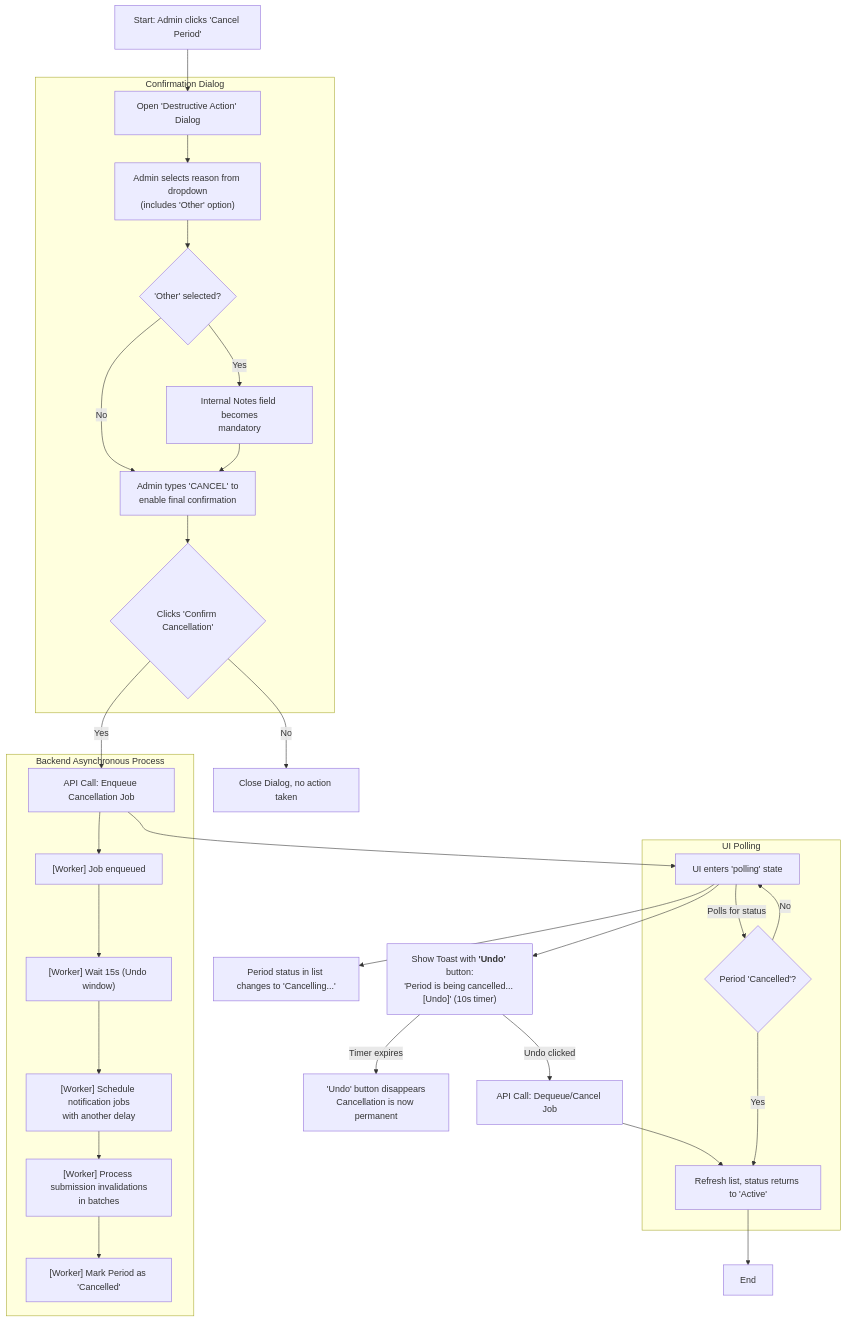
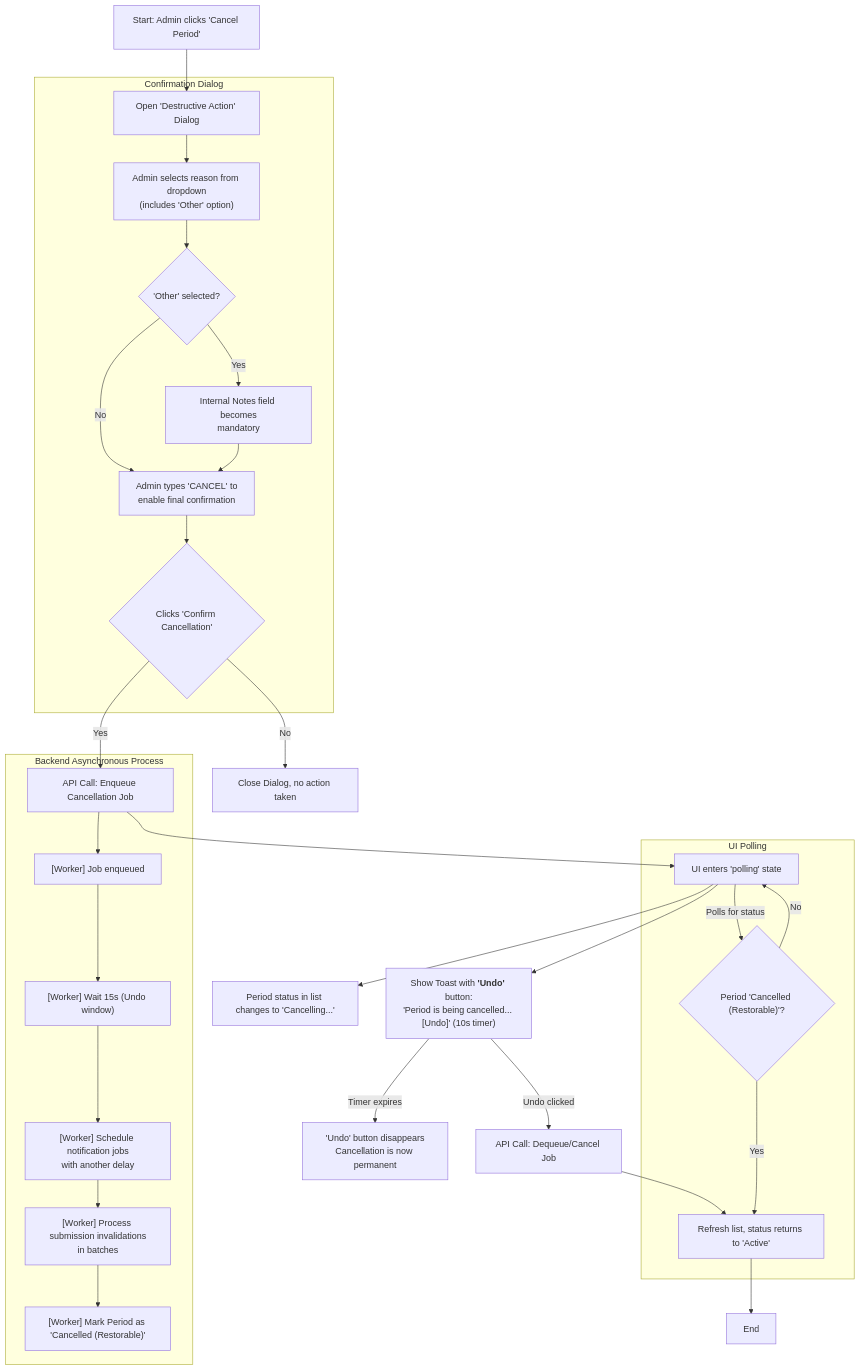
One commit to HunterKart/proficiency-faculty-evaluation changed diagram 13 of 17 in docs/front-end-spec.md. Above: the diagram before and after it, drawn with Mermaid. The commit also changed other lines of this file and 2 other files, not shown here.

First line of the commit message:
Updated prd, front-end-spec, and architecture due to api spec changes

````diff
--- a/docs/front-end-spec.md
+++ b/docs/front-end-spec.md
@@ -602,41 +603,41 @@
 ```mermaid
 flowchart TD
     A[Start: Admin clicks 'Cancel Period'] --> D[Open 'Destructive Action' Dialog];
 
     subgraph "Confirmation Dialog"
         D --> E["Admin selects reason from dropdown<br/>(includes 'Other' option)"];
         E --> F{"'Other' selected?"};
         F -- Yes --> G["Internal Notes field becomes<br/>mandatory"];
         F -- No --> H["Admin types 'CANCEL' to<br/>enable final confirmation"];
         G --> H;
         H --> I{Clicks 'Confirm Cancellation'};
     end
 
     I -- No --> J[Close Dialog, no action taken];
     I -- Yes --> K[API Call: Enqueue Cancellation Job];
 
     K --> P[UI enters 'polling' state];
     P --> M["Show Toast with <b>'Undo'</b> button:<br/>'Period is being cancelled... [Undo]' (10s timer)"];
     P --> P1["Period status in list changes to 'Cancelling...'"];
 
     subgraph "Backend Asynchronous Process"
         K --> Job_Enqueued["[Worker] Job enqueued"];
         Job_Enqueued --> Job_Delay["[Worker] Wait 15s (Undo window)"];
         Job_Delay --> Job_Notify["[Worker] Schedule notification jobs<br/>with another delay"];
         Job_Notify --> Job_Process["[Worker] Process submission invalidations<br/>in batches"];
-        Job_Process --> Job_Done["[Worker] Mark Period as 'Cancelled'"];
+        Job_Process --> Job_Done["[Worker] Mark Period as 'Cancelled (Restorable)'"];
     end
 
     M -- "Undo clicked" --> M_Undo[API Call: Dequeue/Cancel Job];
     M -- "Timer expires" --> M_Timeout["'Undo' button disappears<br/>Cancellation is now permanent"];
 
     M_Undo --> P_End[Refresh list, status returns to 'Active'];
 
     subgraph "UI Polling"
-        P -- "Polls for status" --> Final_Status{"Period 'Cancelled'?"};
+        P -- "Polls for status" --> Final_Status{"Period 'Cancelled (Restorable)'?"};
         Final_Status -- No --> P;
         Final_Status -- Yes --> P_End;
     end
 
     P_End --> Q[End];
 ```
````
